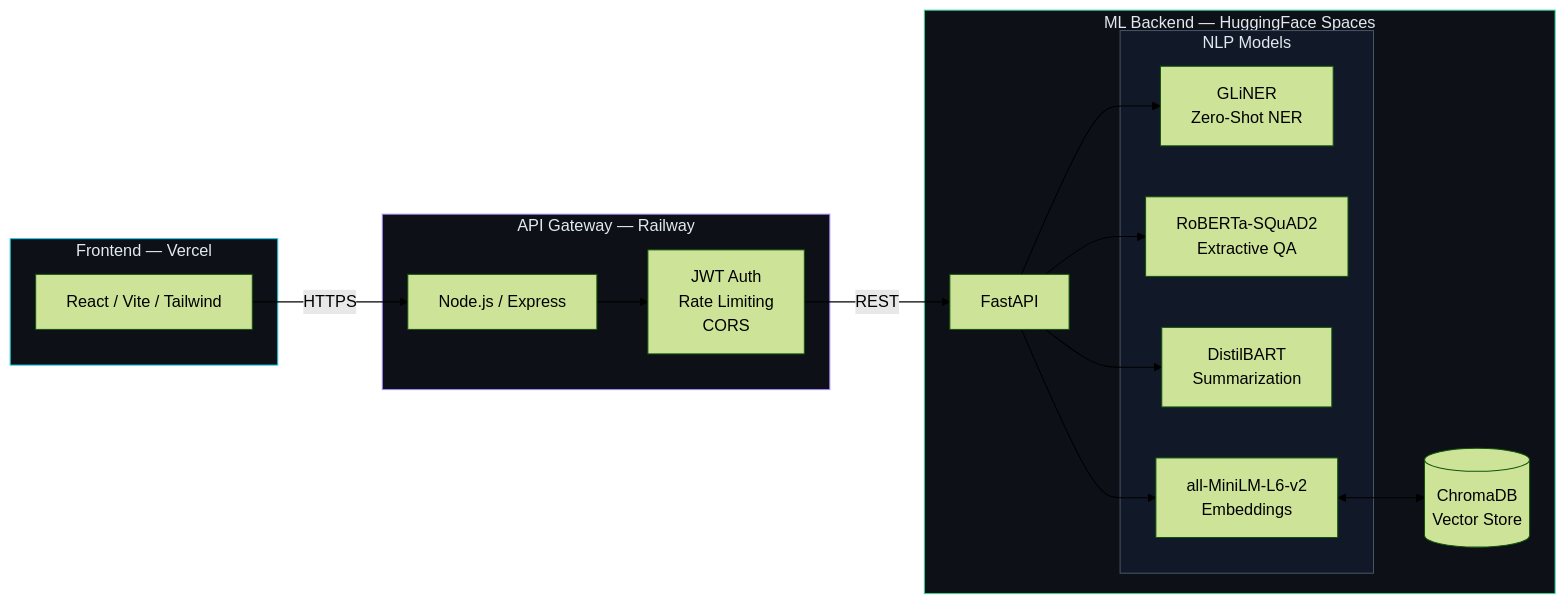
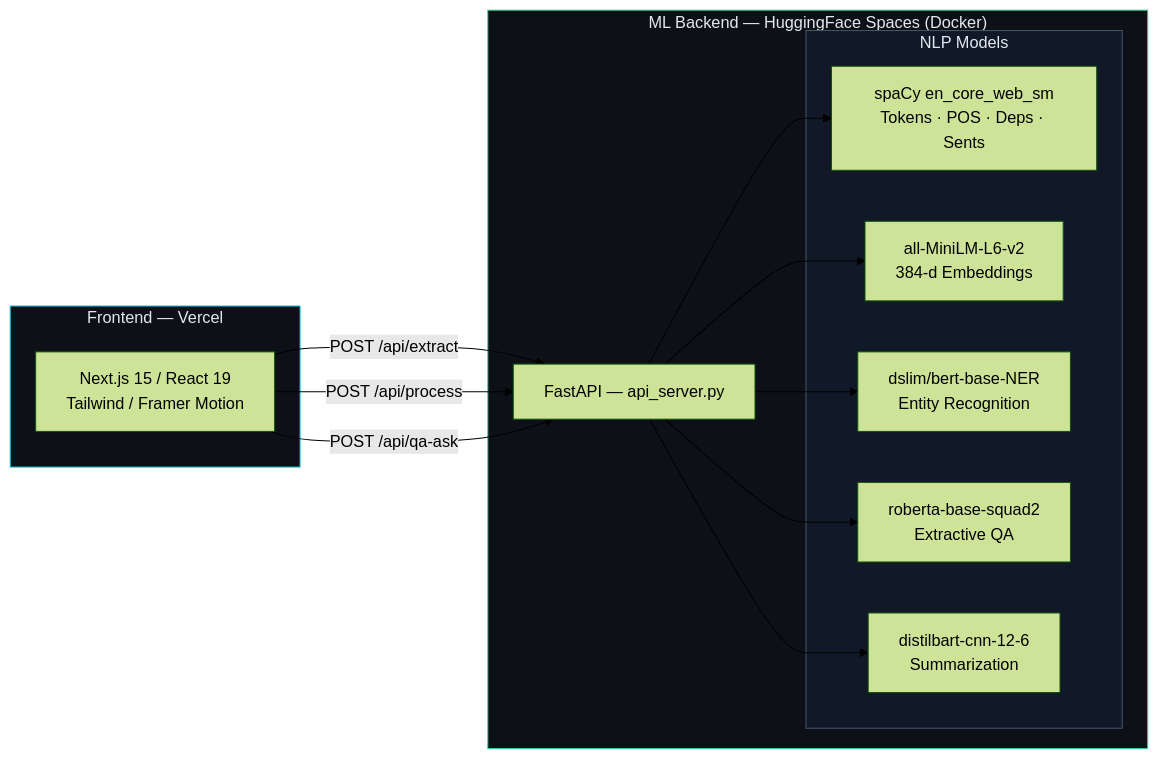
The diagram in README.md (MKD2004/CADIS), drawn with Mermaid (forest theme) before and after one commit. The commit also changed other lines of this file and 40 other files, not shown here.

````diff
--- a/README.md
+++ b/README.md
@@ -17,36 +18,30 @@
 ```mermaid
 flowchart LR
     subgraph Client ["Frontend — Vercel"]
-        UI["React / Vite / Tailwind"]
+        UI["Next.js 15 / React 19<br/>Tailwind / Framer Motion"]
     end
 
-    subgraph Gateway ["API Gateway — Railway"]
-        GW["Node.js / Express"]
-        GW_MID["JWT Auth\nRate Limiting\nCORS"]
+    subgraph ML ["ML Backend — HuggingFace Spaces (Docker)"]
+        API["FastAPI — api_server.py"]
+        subgraph Models ["NLP Models"]
+            SPACY["spaCy en_core_web_sm<br/>Tokens · POS · Deps · Sents"]
+            MiniLM["all-MiniLM-L6-v2<br/>384-d Embeddings"]
+            BERT["dslim/bert-base-NER<br/>Entity Recognition"]
+            RoBERTa["roberta-base-squad2<br/>Extractive QA"]
+            BART["distilbart-cnn-12-6<br/>Summarization"]
+        end
     end
 
-    subgraph ML ["ML Backend — HuggingFace Spaces"]
-        API["FastAPI"]
-        subgraph Models ["NLP Models"]
-            GLiNER["GLiNER\nZero-Shot NER"]
-            RoBERTa["RoBERTa-SQuAD2\nExtractive QA"]
-            BART["DistilBART\nSummarization"]
-            MiniLM["all-MiniLM-L6-v2\nEmbeddings"]
-        end
-        DB[("ChromaDB\nVector Store")]
-    end
-
-    UI -- "HTTPS" --> GW
-    GW --> GW_MID
-    GW_MID -- "REST" --> API
-    API --> GLiNER
+    UI -- "POST /api/extract" --> API
+    UI -- "POST /api/process" --> API
+    UI -- "POST /api/qa-ask" --> API
+    API --> SPACY
+    API --> MiniLM
+    API --> BERT
     API --> RoBERTa
     API --> BART
-    API --> MiniLM
-    MiniLM <--> DB
 
     style Client fill:#0d1117,stroke:#22d3ee,color:#e2e8f0
-    style Gateway fill:#0d1117,stroke:#a78bfa,color:#e2e8f0
     style ML fill:#0d1117,stroke:#34d399,color:#e2e8f0
     style Models fill:#111827,stroke:#475569,color:#e2e8f0
 ```
````
